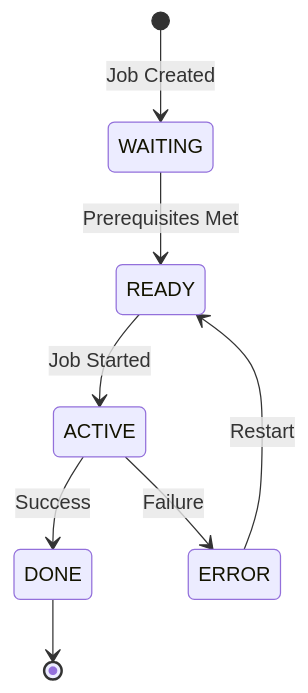
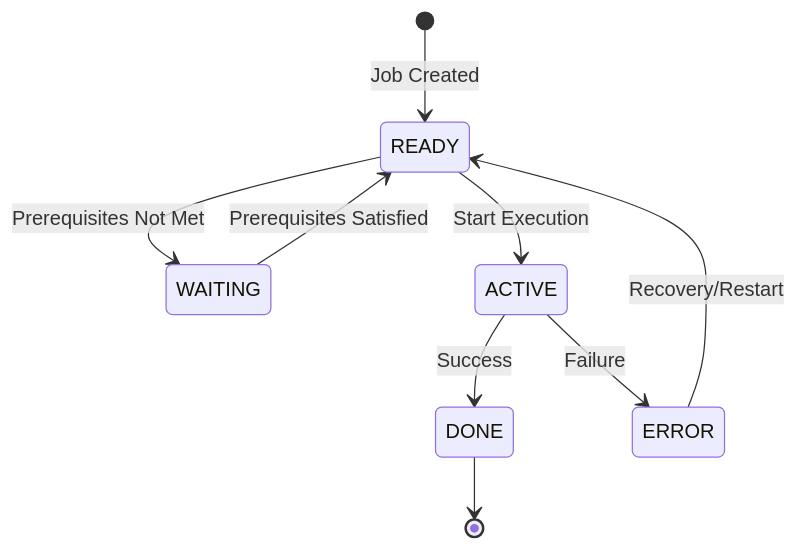
Before and after one commit to haladir-com/legacy-benchmark-docs-vb70e1: the diagram in docs/copybooks/BCHCTL.mdx, drawn with Mermaid. The commit also changed other lines of this file and 63 other files, not shown here.

````diff
--- a/docs/copybooks/BCHCTL.mdx
+++ b/docs/copybooks/BCHCTL.mdx
@@ -63,10 +76,11 @@
 ```mermaid
 stateDiagram-v2
-    [*] --> WAITING: Job Created
-    WAITING --> READY: Prerequisites Met
-    READY --> ACTIVE: Job Started
+    [*] --> READY: Job Created
+    READY --> WAITING: Prerequisites Not Met
+    READY --> ACTIVE: Start Execution
+    WAITING --> READY: Prerequisites Satisfied
     ACTIVE --> DONE: Success
     ACTIVE --> ERROR: Failure
-    ERROR --> READY: Restart
+    ERROR --> READY: Recovery/Restart
     DONE --> [*]
 ```
````
